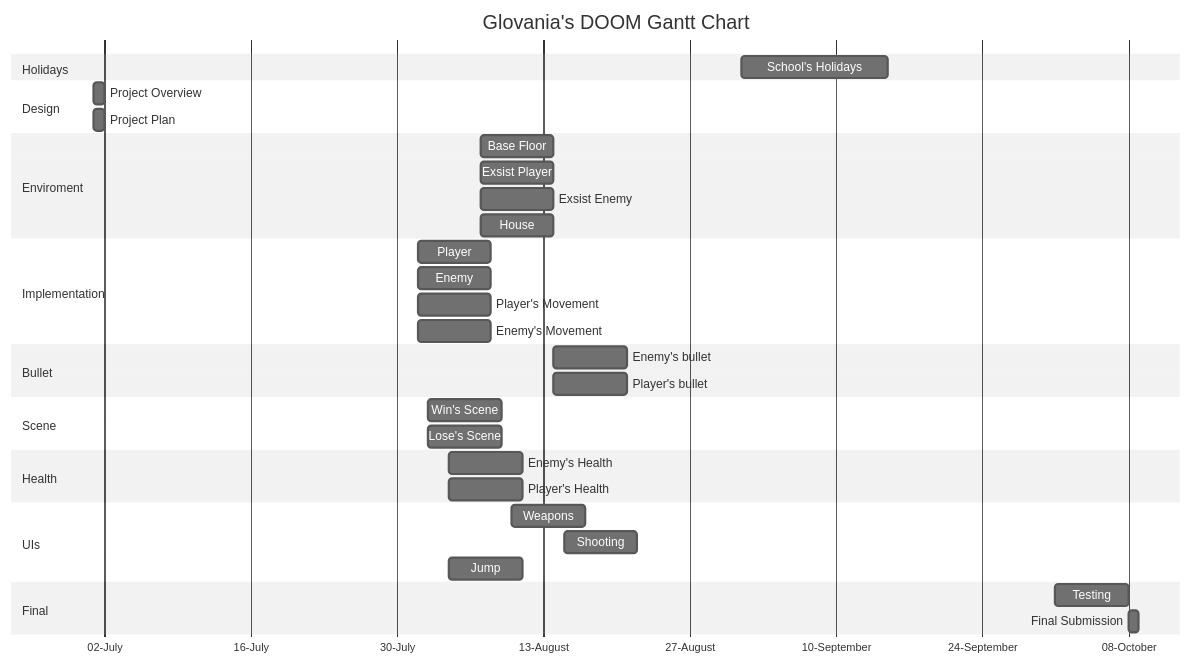
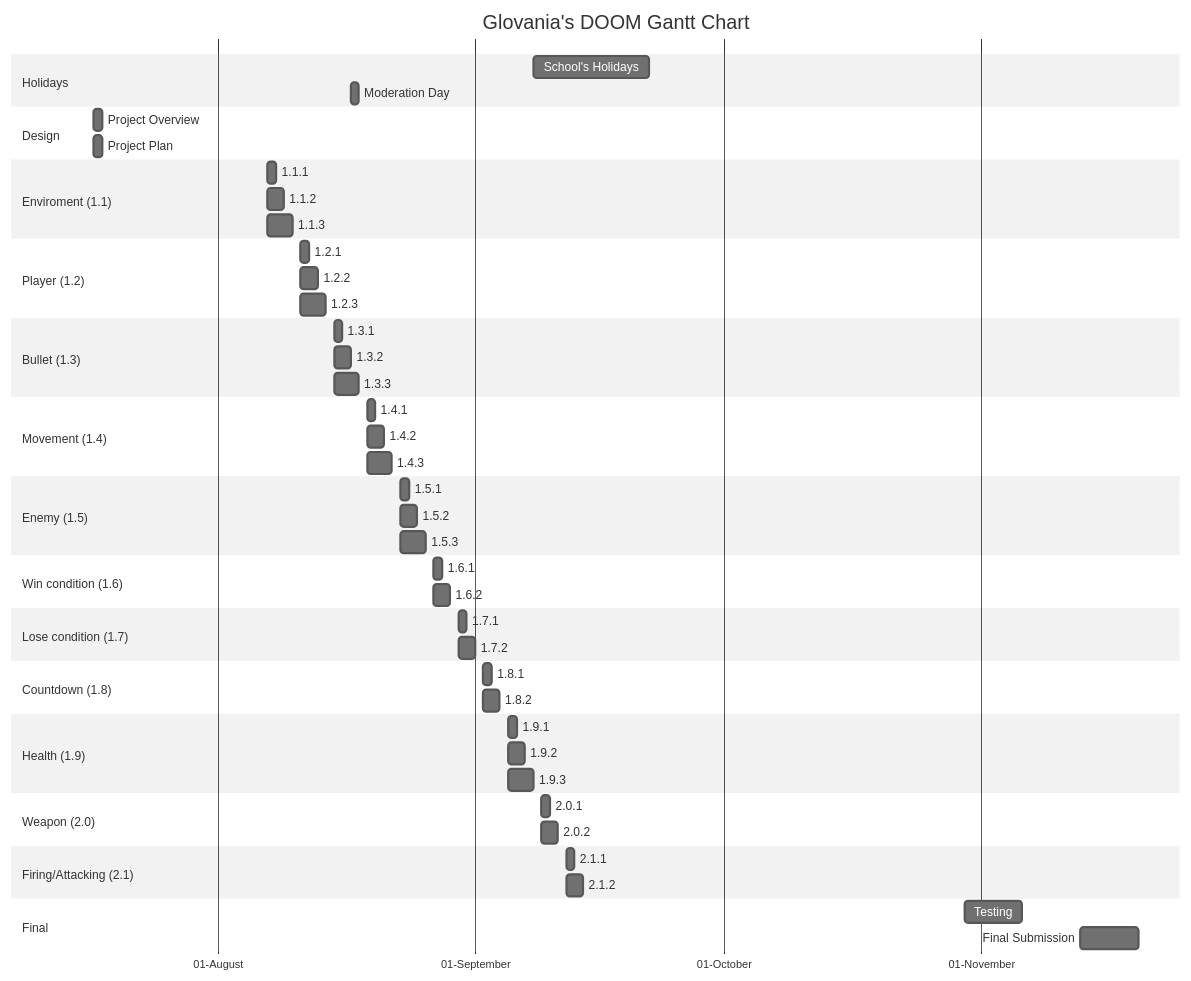
Before and after one commit to Glovania/FPS-Game: the diagram in RoadMap.md, drawn with Mermaid (neutral theme).

Commit message:
:pencil: Re-order RoadMap

````diff
--- a/RoadMap.md
+++ b/RoadMap.md
@@ -3,54 +3,81 @@
     title Glovania's DOOM Gantt Chart
     dateFormat DD-MM-YYYY
     axisFormat %d-%B
-    tickInterval 2week
+    tickInterval 1month
 
 
     section Holidays
-    School's Holidays: 01-09-2023, 14d
+    School's Holidays: 08-09-2023, 14d
+    Moderation Day: 17-08-2023, 1d
 
 
     section Design
-    Project Overview: 01-07-2023, 1d
-    Project Plan: 01-07-2023, 1d
+    Project Overview: 17-07-2023, 1d
+    Project Plan: 17-07-2023, 1d
 
 
-    section Enviroment
-    Base Floor: 07-08-2023,7d
-    Exsist Player: 07-08-2023, 7d
-    Exsist Enemy: 07-08-2023, 7d
-    House: 07-08-2023, 7d
+    section Enviroment (1.1)
+    1.1.1: 07-08-2023, 1d
+    1.1.2: 07-08-2023, 2d
+    1.1.3: 07-08-2023, 3d
 
 
-    section Implementation
-    Player: 01-08-2023, 7d
-    Enemy: 01-08-2023, 7d
-    Player's Movement: 01-08-2023, 7d
-    Enemy's Movement: 01-08-2023, 7d
+    section Player (1.2)
+    1.2.1: 11-08-2023, 1d
+    1.2.2: 11-08-2023, 2d
+    1.2.3: 11-08-2023, 3d
 
 
-    section Bullet
-    Enemy's bullet: 14-08-2023, 7d
-    Player's bullet: 14-08-2023, 7d
+    section Bullet (1.3)
+    1.3.1: 15-08-2023, 1d
+    1.3.2: 15-08-2023, 2d
+    1.3.3: 15-08-2023, 3d
 
 
-    section Scene
-    Win's Scene: 02-08-2023, 7d
-    Lose's Scene: 02-08-2023, 7d
+    section Movement (1.4)
+    1.4.1: 19-08-2023, 1d
+    1.4.2: 19-08-2023, 2d
+    1.4.3: 19-08-2023, 3d
 
 
-    section Health
-    Enemy's Health: 04-08-2023, 7d
-    Player's Health: 04-08-2023, 7d
+    section Enemy (1.5)
+    1.5.1: 23-08-2023, 1d
+    1.5.2: 23-08-2023, 2d
+    1.5.3: 23-08-2023, 3d
 
 
-    section UIs
-    Weapons: 10-08-2023, 7d
-    Shooting: 15-08-2023, 7d
-    Jump: 04-08-2023, 7d
+    section Win condition (1.6)
+    1.6.1: 27-08-2023, 1d
+    1.6.2: 27-08-2023, 2d
+
+
+    section Lose condition (1.7)
+    1.7.1: 30-08-2023, 1d
+    1.7.2: 30-08-2023, 2d
+ 
+
+    section Countdown (1.8)
+    1.8.1: 02-09-2023, 1d
+    1.8.2: 02-09-2023, 2d
+
+
+    section Health (1.9)
+    1.9.1: 05-09-2023, 1d
+    1.9.2: 05-09-2023, 2d
+    1.9.3: 05-09-2023, 3d
+
+
+    section Weapon (2.0)
+    2.0.1: 09-09-2023, 1d
+    2.0.2: 09-09-2023, 2d
+
+
+    section Firing/Attacking (2.1)
+    2.1.1: 12-09-2023, 1d
+    2.1.2: 12-09-2023, 2d
 
 
     section Final
-    Testing: 01-10-2023, 7d
-    Final Submission: 08-10-2023, 1d
+    Testing: 30-10-2023, 7d
+    Final Submission: 13-11-2023, 7d
 ```
````
